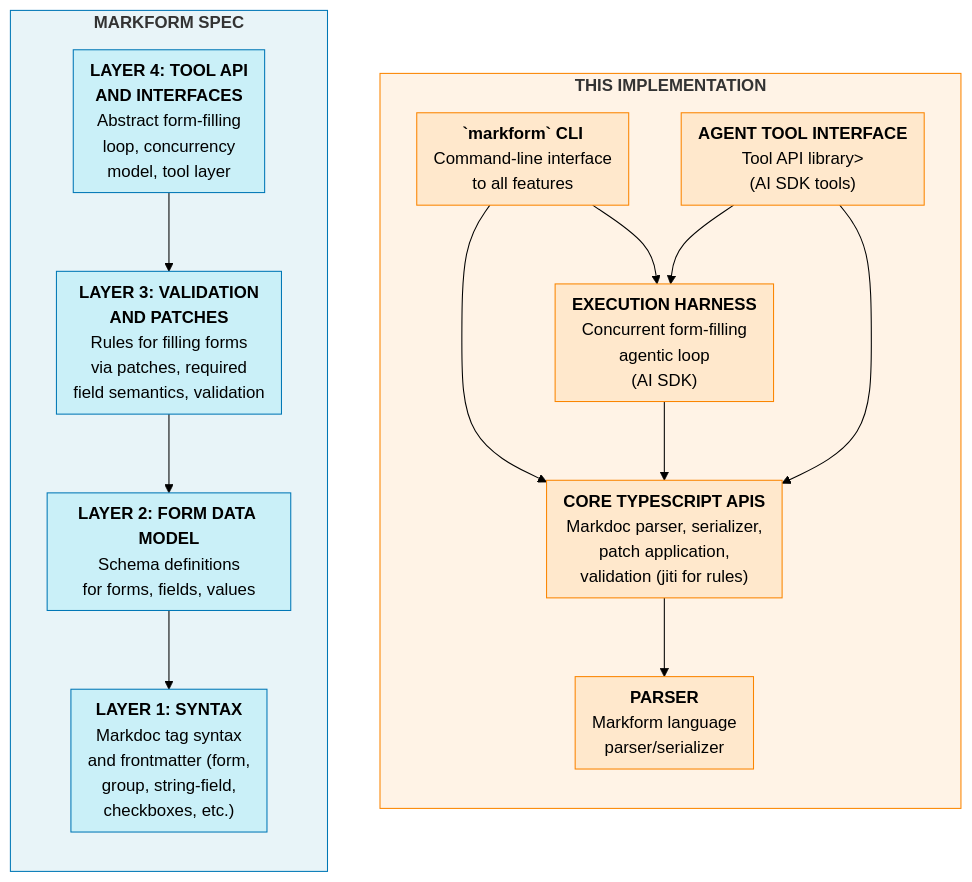
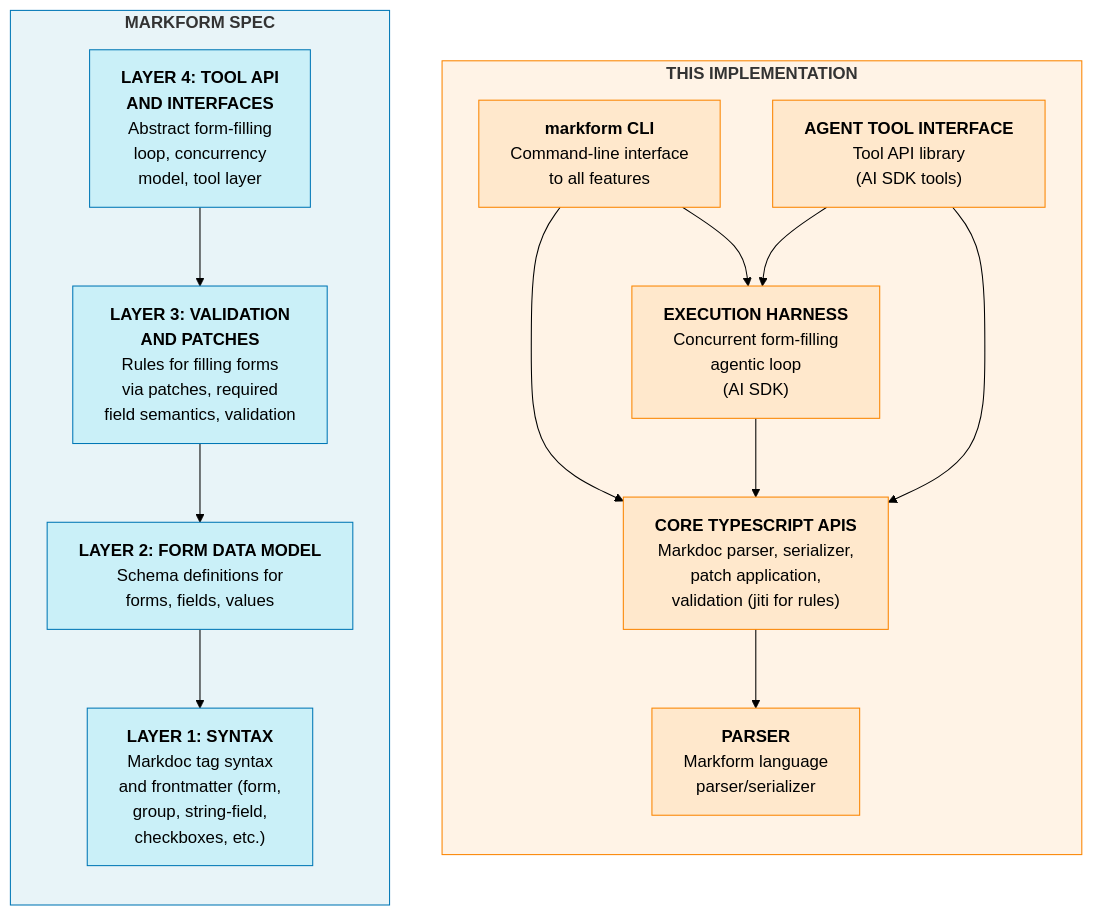
The diagram in README.md (jlevy/markform), drawn with Mermaid (forest theme) before and after one commit.

Commit message:
docs(readme): draw the architecture diagram's parts as nodes
The diagram drew each layer and component as an empty subgraph with a long
multi-line title. Mermaid 12, which GitHub uses, lays those out on top of one
another: on github.com "AGENT TOOL INTERFACE" overprinted "CLI", "LAYER 4"
had an arrow through it, and the subgraph boxes were smaller than their text.

Each part is now a node inside the SPEC and IMPLEMENTATION subgraphs, with
the same text, edges, and colors. A front-matter `flowchart.wrappingWidth`
lets the explicit line breaks set each label's lines. Also drops a stray `>`
after "Tool API library".

````diff
--- a/README.md
+++ b/README.md
@@ -423,60 +423,46 @@
 ```mermaid
+---
+config:
+  flowchart:
+    wrappingWidth: 400
+---
 flowchart LR
     subgraph SPEC["<b>MARKFORM SPEC</b>"]
         direction TB
-
-        subgraph L1["<b>LAYER 1: SYNTAX</b><br/>Markdoc tag syntax<br/>and frontmatter (form,<br/>group, string-field, <br/>checkboxes, etc.)"]
-        end
-
-        subgraph L2["<b>LAYER 2: FORM DATA MODEL</b><br/>Schema definitions<br/>for forms, fields, values"]
-        end
-
-        subgraph L3["<b>LAYER 3: VALIDATION <br/>AND PATCHES</b><br/>Rules for filling forms<br/>via patches, required<br/>field semantics, validation"]
-        end
-
-        subgraph L4["<b>LAYER 4: TOOL API <br/>AND INTERFACES</b><br/>Abstract form-filling<br/>loop, concurrency<br/>model, tool layer"]
-        end
-
+        L4["<b>LAYER 4: TOOL API<br/>AND INTERFACES</b><br/>Abstract form-filling<br/>loop, concurrency<br/>model, tool layer"]
+        L3["<b>LAYER 3: VALIDATION<br/>AND PATCHES</b><br/>Rules for filling forms<br/>via patches, required<br/>field semantics, validation"]
+        L2["<b>LAYER 2: FORM DATA MODEL</b><br/>Schema definitions for<br/>forms, fields, values"]
+        L1["<b>LAYER 1: SYNTAX</b><br/>Markdoc tag syntax<br/>and frontmatter (form,<br/>group, string-field,<br/>checkboxes, etc.)"]
         L4 --> L3 --> L2 --> L1
     end
 
     subgraph IMPL["<b>THIS IMPLEMENTATION</b>"]
         direction TB
-
-        subgraph CLI["<b>`markform` CLI</b><br/>Command-line interface<br/>to all features"]
-        end
-
-        subgraph AGENT["<b>AGENT TOOL INTERFACE</b><br/>Tool API library><br/>(AI SDK tools)"]
-        end
-
-        subgraph HARNESS["<b>EXECUTION HARNESS</b><br/>Concurrent form-filling<br/>agentic loop<br/>(AI SDK)"]
-        end
-
-        subgraph ENGINE["<b>CORE TYPESCRIPT APIS</b><br/>Markdoc parser, serializer,<br/>patch application,<br/>validation (jiti for rules)"]
-        end
-
-        subgraph PARSER["<b>PARSER</b><br/>Markform language<br/>parser/serializer"]
-        end
+        CLI["<b>markform CLI</b><br/>Command-line interface<br/>to all features"]
+        AGENT["<b>AGENT TOOL INTERFACE</b><br/>Tool API library<br/>(AI SDK tools)"]
+        HARNESS["<b>EXECUTION HARNESS</b><br/>Concurrent form-filling<br/>agentic loop<br/>(AI SDK)"]
+        ENGINE["<b>CORE TYPESCRIPT APIS</b><br/>Markdoc parser, serializer,<br/>patch application,<br/>validation (jiti for rules)"]
+        PARSER["<b>PARSER</b><br/>Markform language<br/>parser/serializer"]
 
         CLI --> ENGINE
         CLI --> HARNESS
         AGENT --> HARNESS
         AGENT --> ENGINE
         HARNESS --> ENGINE
         ENGINE --> PARSER
     end
 
     SPEC ~~~ IMPL
 
     style SPEC fill:#e8f4f8,stroke:#0077b6
     style L1 fill:#caf0f8,stroke:#0077b6
     style L2 fill:#caf0f8,stroke:#0077b6
     style L3 fill:#caf0f8,stroke:#0077b6
     style L4 fill:#caf0f8,stroke:#0077b6
     style IMPL fill:#fff3e6,stroke:#fb8500
     style ENGINE fill:#ffe8cc,stroke:#fb8500
     style CLI fill:#ffe8cc,stroke:#fb8500
     style AGENT fill:#ffe8cc,stroke:#fb8500
     style HARNESS fill:#ffe8cc,stroke:#fb8500
     style PARSER fill:#ffe8cc,stroke:#fb8500
 ```
````
